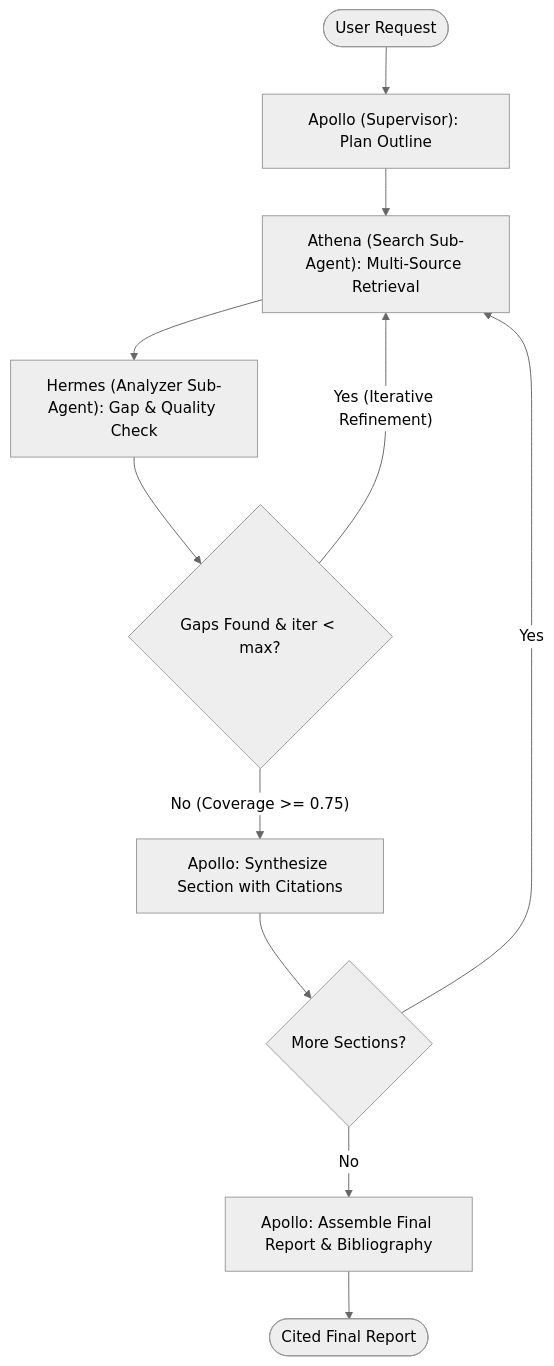
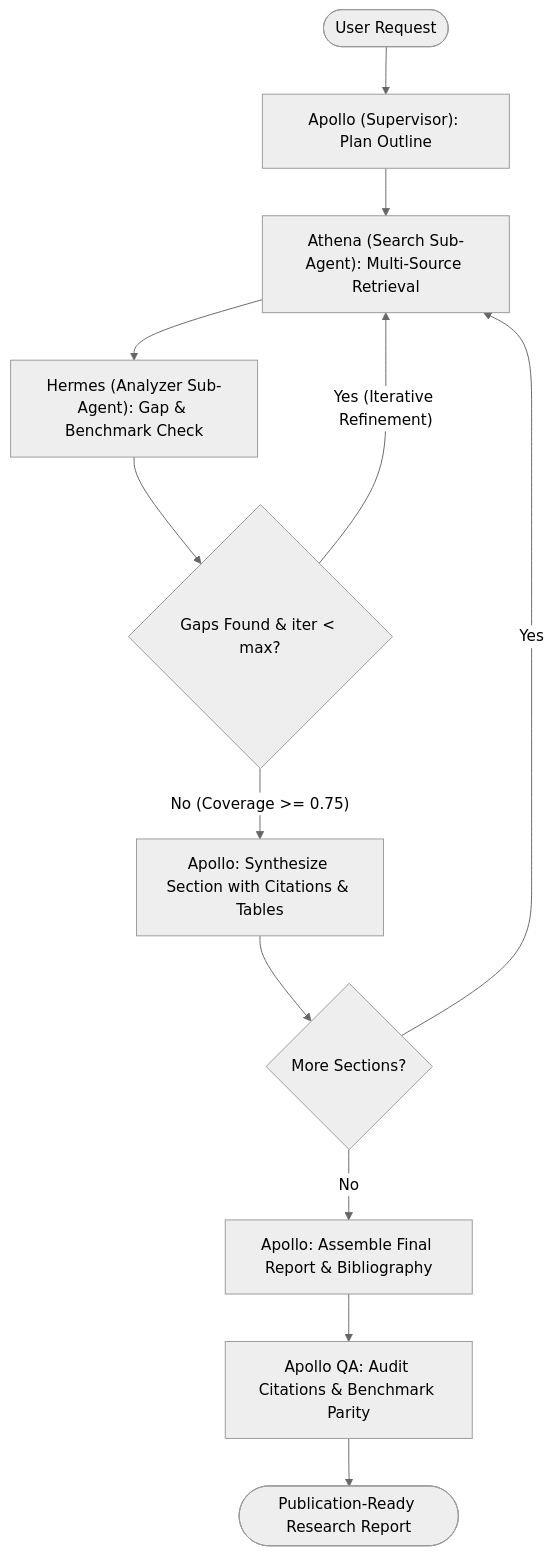
The diagram in README.md (Srijan4O4/apollo-deep-research), drawn with Mermaid (neutral theme) before and after one commit. The commit also changed other lines of this file, not shown here.

Commit message:
docs: update architecture, QA guardrails, and test suite in README

````diff
--- a/README.md
+++ b/README.md
@@ -17,15 +17,16 @@
 ```mermaid
 flowchart TD
     User([User Request]) --> ApolloPlan["Apollo (Supervisor): Plan Outline"]
     ApolloPlan --> AthenaSearch["Athena (Search Sub-Agent): Multi-Source Retrieval"]
-    AthenaSearch --> HermesAnalyze["Hermes (Analyzer Sub-Agent): Gap & Quality Check"]
+    AthenaSearch --> HermesAnalyze["Hermes (Analyzer Sub-Agent): Gap & Benchmark Check"]
     
     HermesAnalyze --> CheckDecision{Gaps Found & iter < max?}
     CheckDecision -- "Yes (Iterative Refinement)" --> AthenaSearch
-    CheckDecision -- "No (Coverage >= 0.75)" --> ApolloSynthesize["Apollo: Synthesize Section with Citations"]
+    CheckDecision -- "No (Coverage >= 0.75)" --> ApolloSynthesize["Apollo: Synthesize Section with Citations & Tables"]
     
     ApolloSynthesize --> NextSectionCheck{More Sections?}
     NextSectionCheck -- "Yes" --> AthenaSearch
     NextSectionCheck -- "No" --> ApolloAssemble["Apollo: Assemble Final Report & Bibliography"]
-    ApolloAssemble --> FinalReport([Cited Final Report])
+    ApolloAssemble --> ApolloQA["Apollo QA: Audit Citations & Benchmark Parity"]
+    ApolloQA --> FinalReport([Publication-Ready Research Report])
 ```
````
